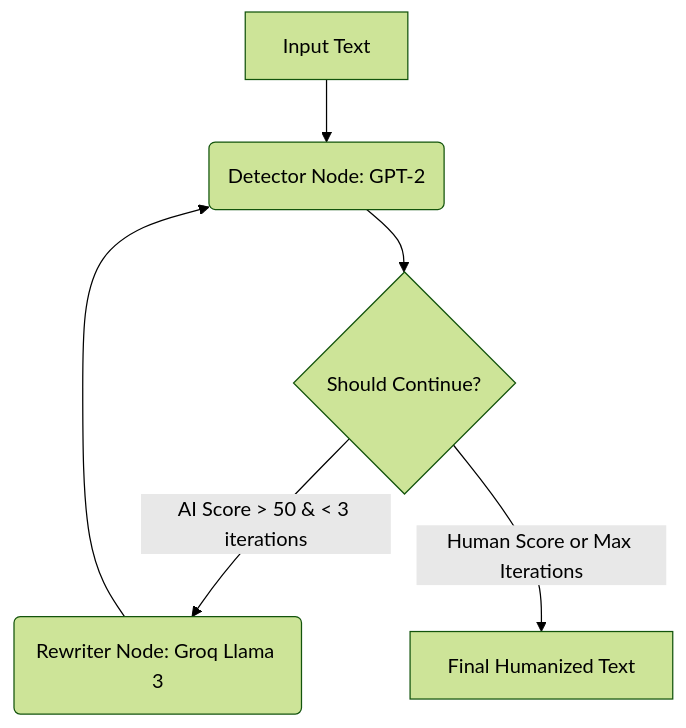
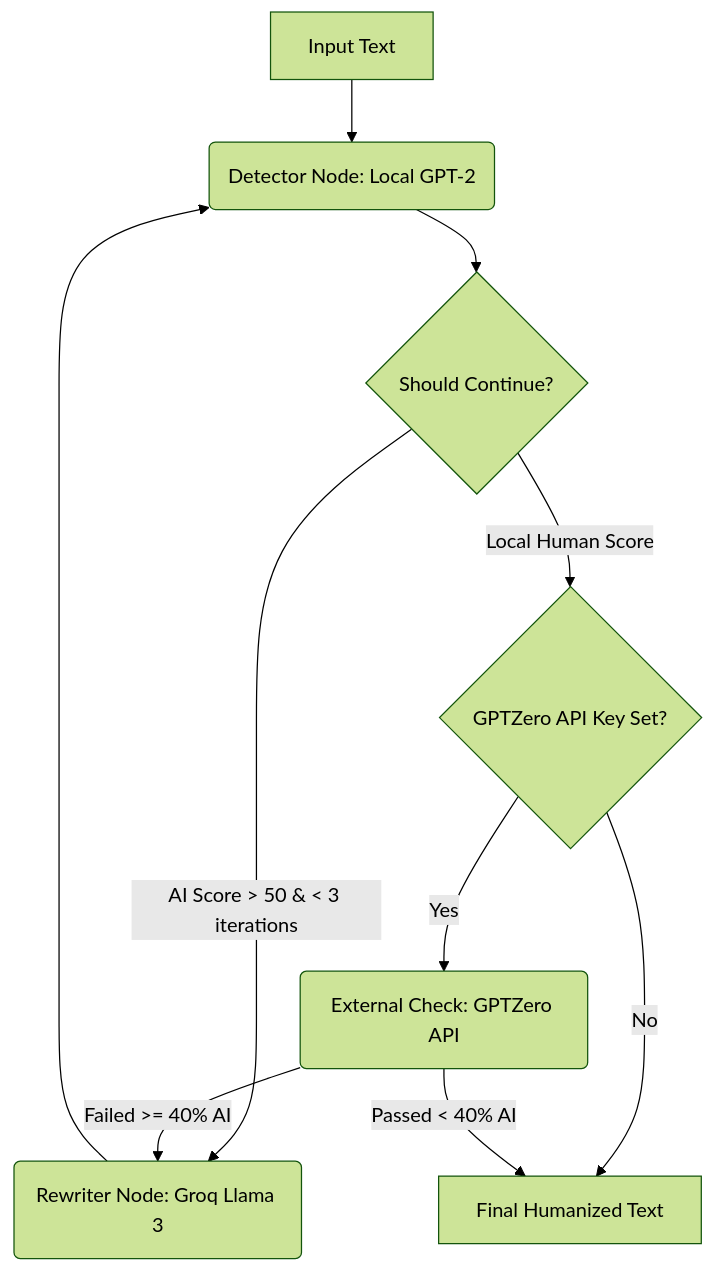
The diagram in README.md (sandhya-bdb/stealthtext_AI_bypass), drawn with Mermaid (forest theme) before and after one commit. The commit also changed other lines of this file and 6 other files, not shown here.

Commit message:
docs: document tone selector and hybrid GPTZero API client in README.md

````diff
--- a/README.md
+++ b/README.md
@@ -20,8 +28,12 @@
 ```mermaid
 graph TD
-    A[Input Text] --> B(Detector Node: GPT-2)
+    A[Input Text] --> B(Detector Node: Local GPT-2)
     B --> C{Should Continue?}
     C -->|AI Score > 50 & < 3 iterations| D(Rewriter Node: Groq Llama 3)
     D --> B
-    C -->|Human Score or Max Iterations| E[Final Humanized Text]
+    C -->|Local Human Score| F{GPTZero API Key Set?}
+    F -->|Yes| G(External Check: GPTZero API)
+    F -->|No| E[Final Humanized Text]
+    G -->|Passed < 40% AI| E
+    G -->|Failed >= 40% AI| D
 ```
````
